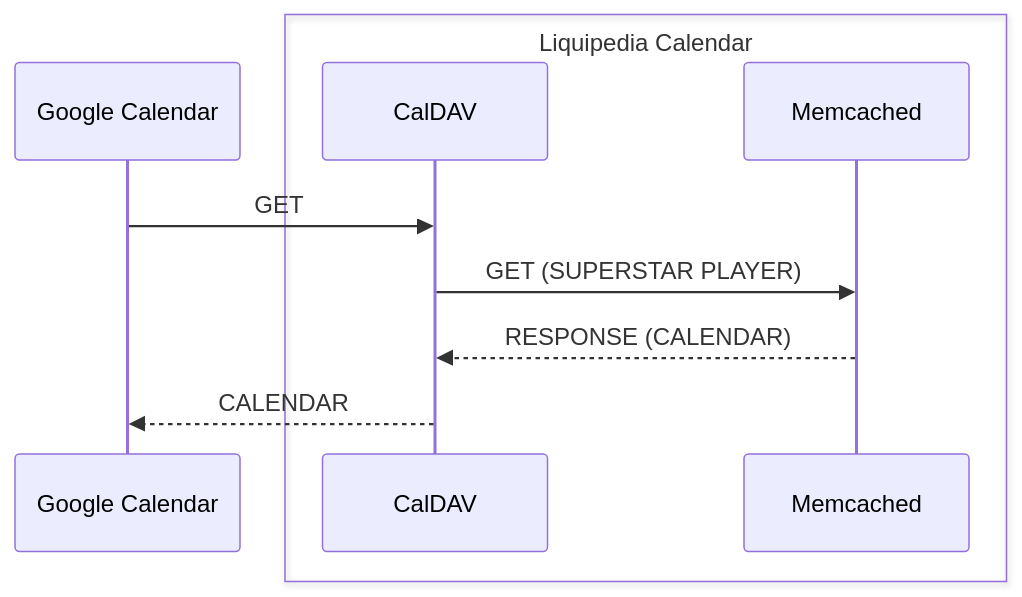
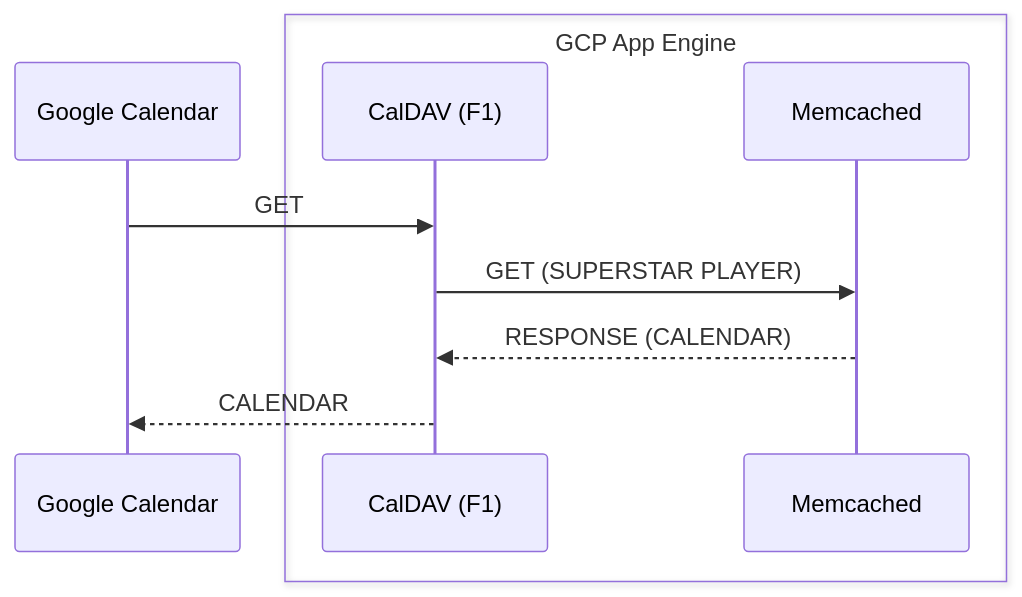
The third of 3 diagrams in DESIGN.md (Napolitain/liquipedia-calendar), drawn with Mermaid before and after one commit. The commit also changed other lines of this file, not shown here.

````diff
--- a/DESIGN.md
+++ b/DESIGN.md
@@ -66,12 +66,12 @@
 ```mermaid
 sequenceDiagram
     participant Google Calendar
-    box Liquipedia Calendar
-        participant CalDAV
+    box GCP App Engine
+        participant CalDAV (F1)
         participant Memcached
     end
-    Google Calendar->>CalDAV: GET
-    CalDAV->>Memcached: GET (SUPERSTAR PLAYER)
-    Memcached-->>CalDAV: RESPONSE (CALENDAR)
-    CalDAV-->>Google Calendar: CALENDAR
+    Google Calendar->>CalDAV (F1): GET
+    CalDAV (F1)->>Memcached: GET (SUPERSTAR PLAYER)
+    Memcached-->>CalDAV (F1): RESPONSE (CALENDAR)
+    CalDAV (F1)-->>Google Calendar: CALENDAR
 ```
````
